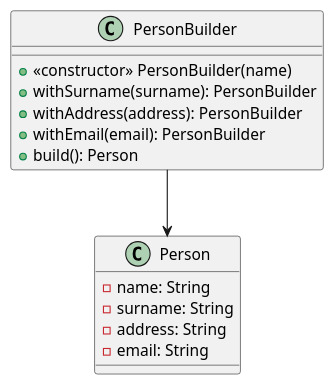
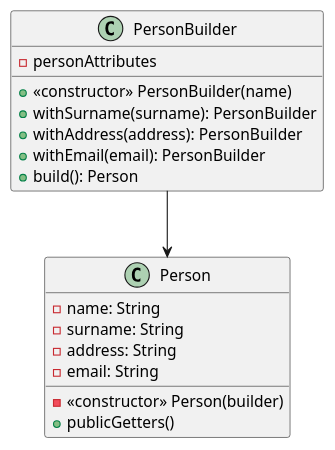
One commit to paguerre3/creational-patterns changed the diagram in cp-samples/src/cp/samples/builder/_builder-simplified-diagram.iuml. Above: the diagram before and after it, drawn with PlantUML.

```diff
--- a/cp-samples/src/cp/samples/builder/_builder-simplified-diagram.iuml
+++ b/cp-samples/src/cp/samples/builder/_builder-simplified-diagram.iuml
@@ -1,18 +1,21 @@
 @startuml
 class PersonBuilder {
+    -personAttributes
     +<<constructor>> PersonBuilder(name)
     +withSurname(surname): PersonBuilder
     +withAddress(address): PersonBuilder
     +withEmail(email): PersonBuilder
     +build(): Person
 }
 
 class Person {
     -name: String
     -surname: String
     -address: String
     -email: String
+    -<<constructor>> Person(builder)
+    +publicGetters()
 }
 
 PersonBuilder --> Person
 @enduml
```
